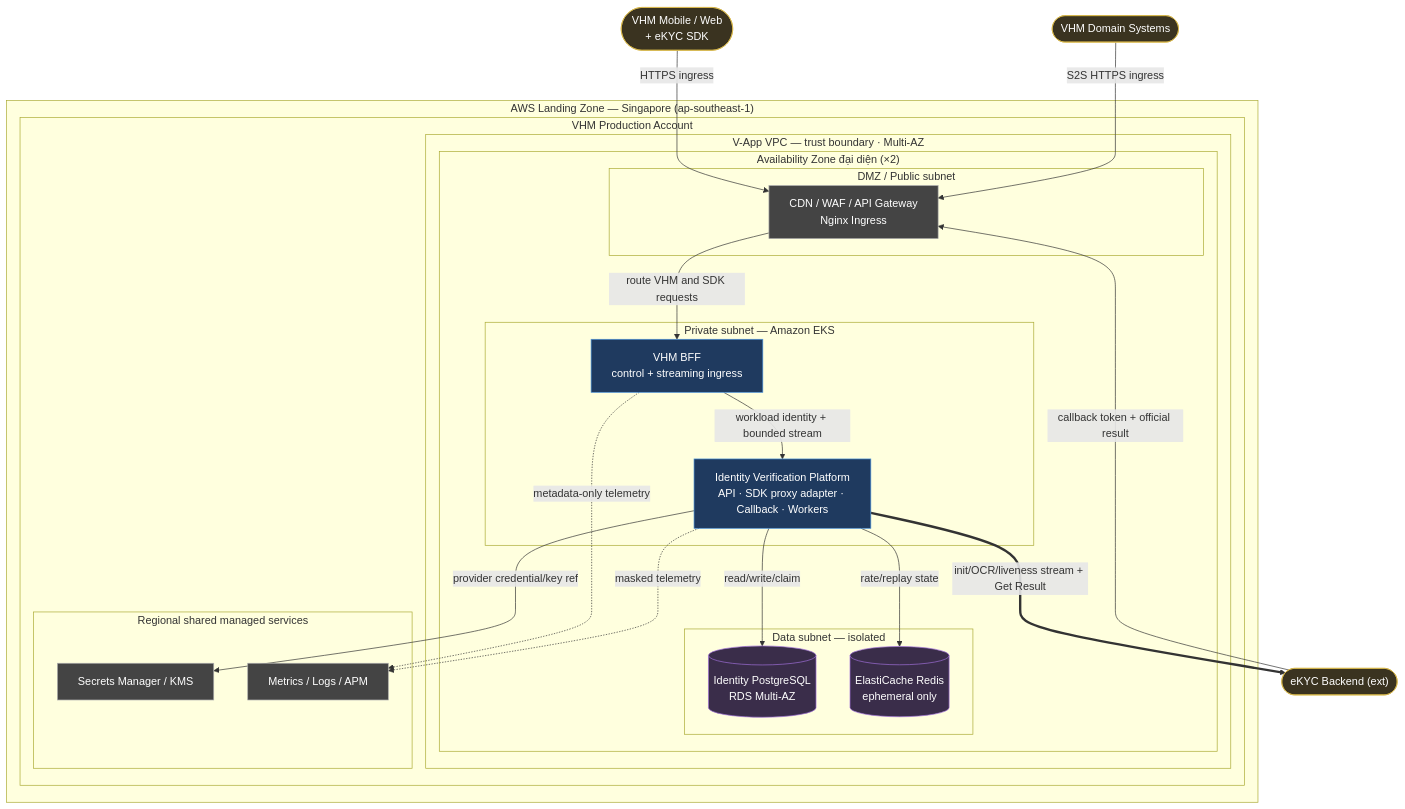
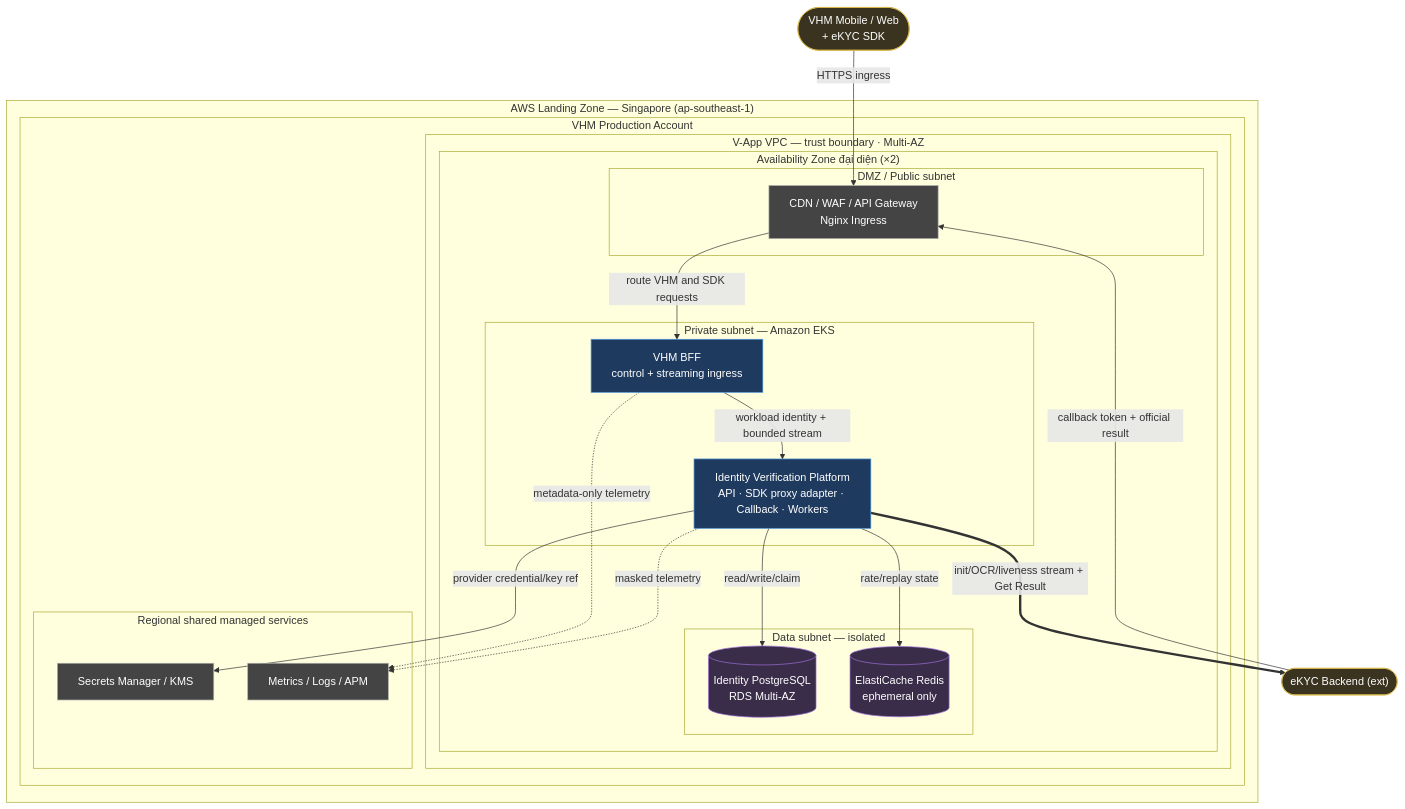
Before and after one commit to huynv-xyz/vhm: diagram 21 of 23 in README.md, drawn with Mermaid. The commit also changed other lines of this file, not shown here.

````diff
--- a/README.md
+++ b/README.md
@@ -2159,47 +2152,45 @@
 ```mermaid
 flowchart TB
     CLIENT(["VHM Mobile / Web<br/>+ eKYC SDK"]):::entity
-    DOMAIN(["VHM Domain Systems"]):::entity
     PROVIDER(["eKYC Backend (ext)"]):::entity
 
     subgraph LZ["AWS Landing Zone — Singapore (ap-southeast-1)"]
         subgraph ACCOUNT["VHM Production Account"]
             subgraph VPC["V-App VPC — trust boundary · Multi-AZ"]
                 subgraph AZ["Availability Zone đại diện (×2)"]
                     subgraph EDGE["DMZ / Public subnet"]
                         GATEWAY["CDN / WAF / API Gateway<br/>Nginx Ingress"]:::infra
                     end
                     subgraph APPZONE["Private subnet — Amazon EKS"]
                         BFF["VHM BFF<br/>control + streaming ingress"]:::bc
                         IVP["Identity Verification Platform<br/>API · SDK proxy adapter · Callback · Workers"]:::bc
                     end
                     subgraph DATAZONE["Data subnet — isolated"]
                         RDS[("Identity PostgreSQL<br/>RDS Multi-AZ")]:::datastore
                         REDIS[("ElastiCache Redis<br/>ephemeral only")]:::datastore
                     end
                 end
             end
             subgraph SHARED["Regional shared managed services"]
                 SECRET["Secrets Manager / KMS"]:::infra
                 OBS["Metrics / Logs / APM"]:::infra
             end
         end
     end
 
     CLIENT -->|HTTPS ingress| GATEWAY
-    DOMAIN -->|S2S HTTPS ingress| GATEWAY
     PROVIDER -->|callback token + official result| GATEWAY
     GATEWAY -->|route VHM and SDK requests| BFF
     BFF -->|workload identity + bounded stream| IVP
     IVP -->|read/write/claim| RDS
     IVP -->|rate/replay state| REDIS
     IVP -->|provider credential/key ref| SECRET
     BFF -.->|metadata-only telemetry| OBS
     IVP -.->|masked telemetry| OBS
     IVP ==>|init/OCR/liveness stream + Get Result| PROVIDER
 
     classDef bc fill:#1f3a5f,stroke:#4a90d9,color:#fff;
     classDef entity fill:#3a3320,stroke:#d9b84a,color:#fff;
     classDef datastore fill:#3a2d4a,stroke:#a06fd9,color:#fff;
     classDef infra fill:#444,stroke:#aaa,color:#fff;
 ```
````
